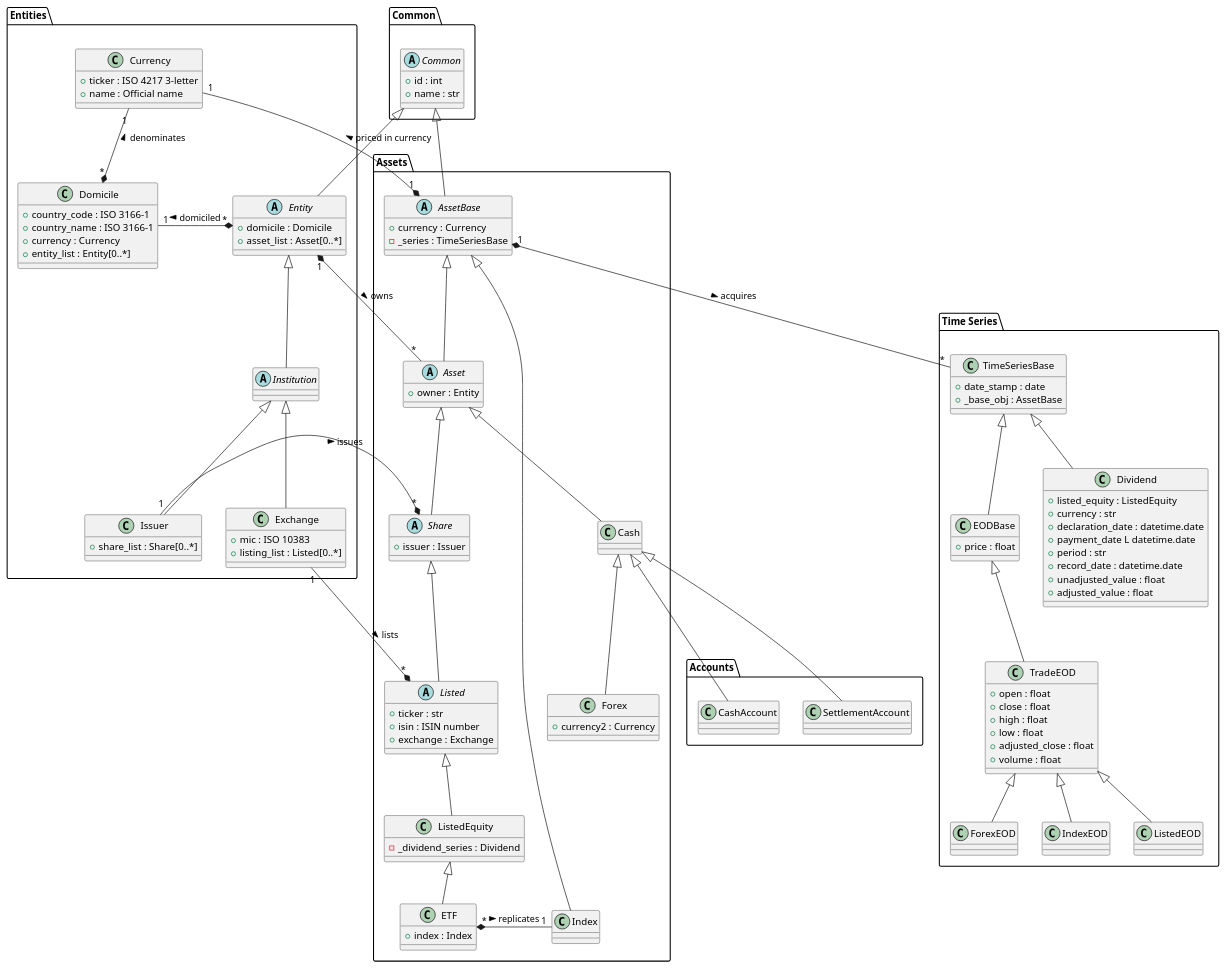
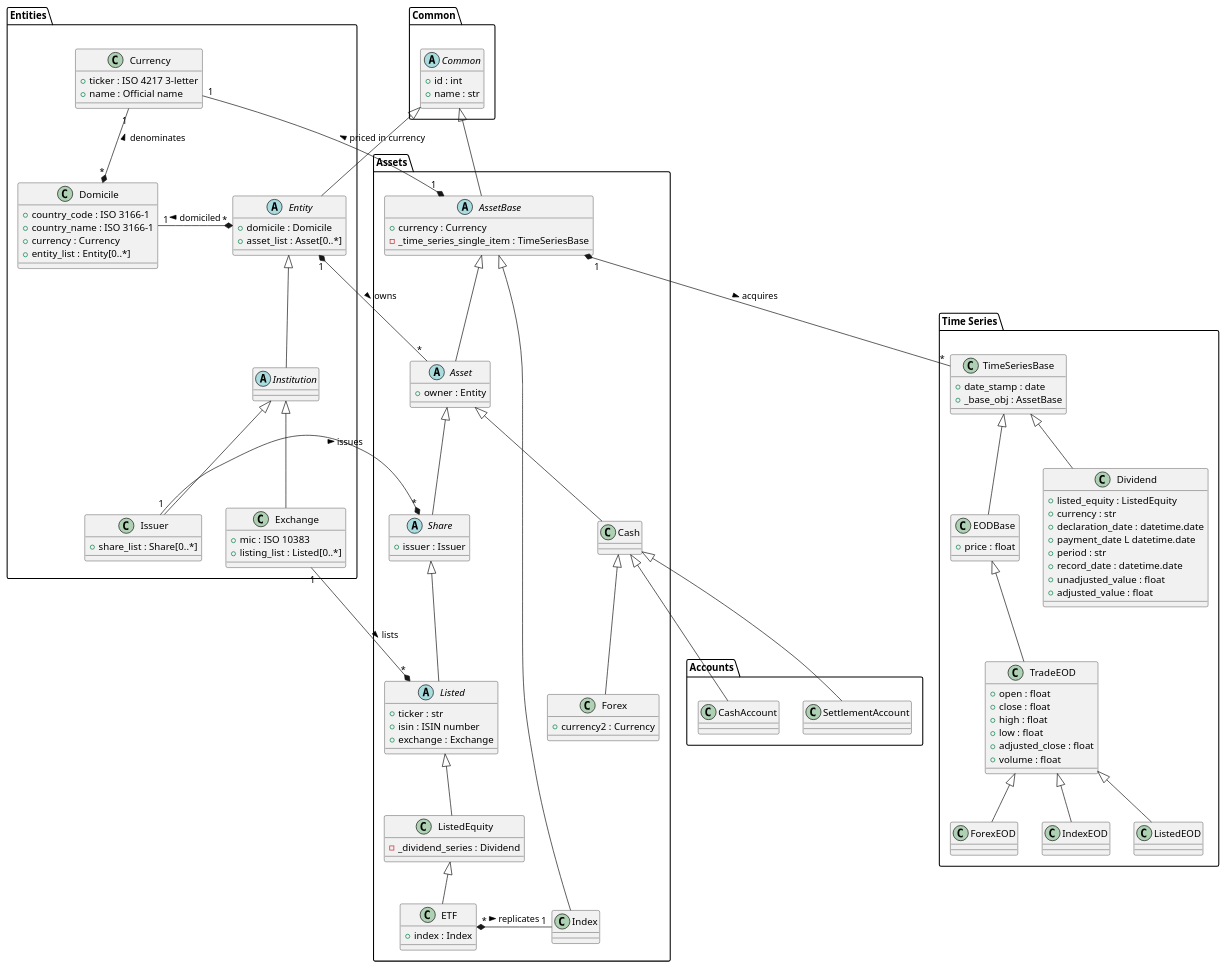
The diagram in asset_base.wsd (justinsolms/asset_base), drawn with PlantUML before and after one commit. The commit also changed 7 other files, not shown here.

```diff
--- a/asset_base.wsd
+++ b/asset_base.wsd
@@ -1,191 +1,191 @@
 @startuml asset_base
 
 ' left to right direction
 top to bottom direction
 
 ' Class definitions
 
 package "Common" {
 
     abstract       Common {
         +id : int
         +name : str
     }
 
 }
 
 package "Entities" {
 
     abstract    Entity {
         +domicile : Domicile
         +asset_list : Asset[0..*]
     }
 
     abstract    Institution
 
     class       Issuer {
         +share_list : Share[0..*]
     }
 
     class       Exchange {
         +mic : ISO 10383
         +listing_list : Listed[0..*]
     }
 
     class       Domicile {
         +country_code : ISO 3166-1
         +country_name : ISO 3166-1
         +currency : Currency
         +entity_list : Entity[0..*]
     }
 
     class       Currency {
         +ticker : ISO 4217 3-letter
         +name : Official name
     }
 
     ' Common inheritance
     Common.Common <|-- Entity
 
     ' Domicile and Currency
     Currency "1" --* "*" Domicile : < denominates
     Domicile "1" -r-* "*" Entity : < domiciled
 
     ' Entities
     Entity <|-- Institution
     Institution <|-- Exchange
     Institution <|-- Issuer
 
 }
 
 package "Assets" {
 
     abstract    AssetBase {
         +currency : Currency
-        -_series : TimeSeriesBase
+        -_time_series_single_item : TimeSeriesBase
     }
 
     abstract    Asset {
         +owner : Entity
     }
 
     abstract    Share {
         +issuer : Issuer
     }
 
     abstract    Listed {
         +ticker : str
         +isin : ISIN number
         +exchange : Exchange
     }
 
     class       ListedEquity {
         -_dividend_series : Dividend
     }
 
     class       ETF {
         +index : Index
     }
 
     class       Cash {
     }
 
     class       Forex {
         +currency2 : Currency
     }
 
     class Index {
     }
 
     ' Common inheritance
     Common.Common <|-- AssetBase
 
     ' Assets
     AssetBase <|-- Asset
     AssetBase <|-- Index
     Asset <|-- Share
     Asset <|-- Cash
     Cash <|-- Forex
     Share <|-- Listed
     Listed <|-- ListedEquity
     ListedEquity <|-- ETF
 
 }
 
 package "Time Series" {
 
     class TimeSeriesBase {
         +date_stamp : date
         +_base_obj : AssetBase
     }
 
     class EODBase {
         +price : float
     }
 
     class TradeEOD {
         +open : float
         +close : float
         +high : float
         +low : float
         +adjusted_close : float
         +volume : float
 
     }
 
     class ListedEOD {
     }
 
     class ForexEOD {
     }
 
     class IndexEOD {
     }
 
     class Dividend {
         +listed_equity : ListedEquity
         +currency : str
         +declaration_date : datetime.date
         +payment_date L datetime.date
         +period : str
         +record_date : datetime.date
         +unadjusted_value : float
         +adjusted_value : float
     }
 
     ' Time Series
     TimeSeriesBase <|-- EODBase
     EODBase <|-- TradeEOD
     TradeEOD <|-- ListedEOD
     TradeEOD <|-- ForexEOD
     TradeEOD <|-- IndexEOD
     TimeSeriesBase <|-- Dividend
 
 }
 
 package "Accounts" {
 
     class CashAccount
 
     class SettlementAccount
 
     Assets.Cash <|-- CashAccount
     Assets.Cash <|-- SettlementAccount
 
 }
 
 ' Pricing
 Currency "1" --* "1" AssetBase : < priced in currency
 
 ' Entities to Assets relationships
 Entity "1" *-- "*" Asset : > owns
 Issuer "1" -l-* "*" Share : > issues
 Exchange "1" -l-* "*" Listed : > lists
 
 ' Asset to Asset relationships
 ETF "*" *-r- "1" Assets.Index : > replicates
 
 ' Asset to Time Series relationships
 AssetBase "1" *-- "*" TimeSeriesBase : > acquires
 
 @enduml
```
